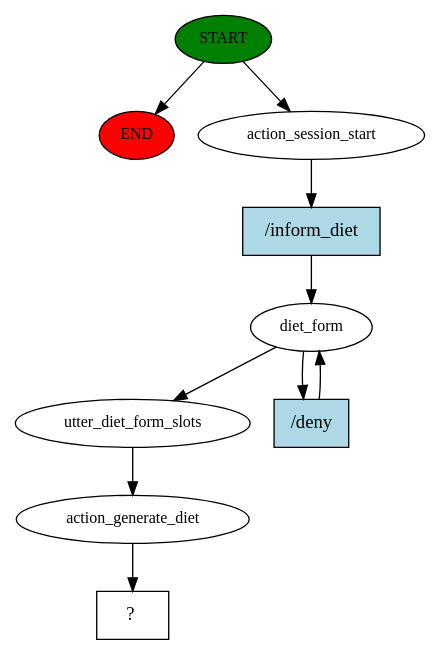
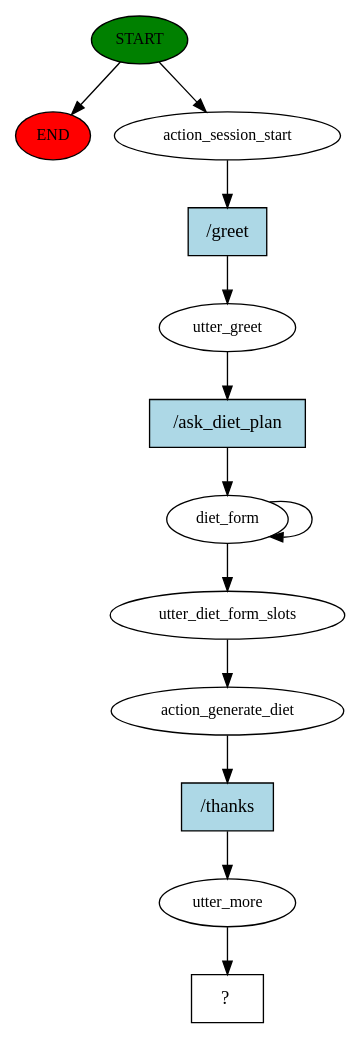
The diagram in story_graph.dot (v-rowjee/Chatbot-Engine), drawn with Graphviz before and after one commit. The commit also changed 3 other files, not shown here.

```diff
--- a/story_graph.dot
+++ b/story_graph.dot
@@ -1,20 +1,26 @@
 digraph  {
 0 [class="start active", fillcolor=green, fontsize=12, label=START, style=filled];
 "-1" [class=end, fillcolor=red, fontsize=12, label=END, style=filled];
 1 [class=active, fontsize=12, label=action_session_start];
-2 [class=active, fontsize=12, label=diet_form];
-4 [class=active, fontsize=12, label=utter_diet_form_slots];
-5 [class=active, fontsize=12, label=action_generate_diet];
-6 [class="intent dashed active", label="  ?  ", shape=rect];
-7 [class="intent active", fillcolor=lightblue, label="/inform_diet", shape=rect, style=filled];
-8 [class="intent active", fillcolor=lightblue, label="/deny", shape=rect, style=filled];
+2 [class=active, fontsize=12, label=utter_greet];
+3 [class=active, fontsize=12, label=diet_form];
+8 [class=active, fontsize=12, label=utter_diet_form_slots];
+9 [class=active, fontsize=12, label=action_generate_diet];
+10 [class=active, fontsize=12, label=utter_more];
+11 [class="intent dashed active", label="  ?  ", shape=rect];
+12 [class="intent active", fillcolor=lightblue, label="/greet", shape=rect, style=filled];
+13 [class="intent active", fillcolor=lightblue, label="/ask_diet_plan", shape=rect, style=filled];
+14 [class="intent active", fillcolor=lightblue, label="/thanks", shape=rect, style=filled];
 0 -> "-1"  [class="", key=NONE, label=""];
 0 -> 1  [class=active, key=NONE, label=""];
-1 -> 7  [class=active, key=0];
-2 -> 4  [class=active, key=NONE, label=""];
-2 -> 8  [class=active, key=0];
-4 -> 5  [class=active, key=NONE, label=""];
-5 -> 6  [class=active, key=NONE, label=""];
-7 -> 2  [class=active, key=0];
-8 -> 2  [class=active, key=0];
+1 -> 12  [class=active, key=0];
+2 -> 13  [class=active, key=0];
+3 -> 3  [class=active, key=NONE, label=""];
+3 -> 8  [class=active, key=NONE, label=""];
+8 -> 9  [class=active, key=NONE, label=""];
+9 -> 14  [class=active, key=0];
+10 -> 11  [class=active, key=NONE, label=""];
+12 -> 2  [class=active, key=0];
+13 -> 3  [class=active, key=0];
+14 -> 10  [class=active, key=0];
 }
```
